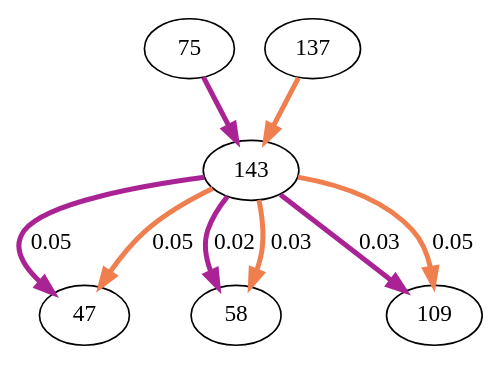
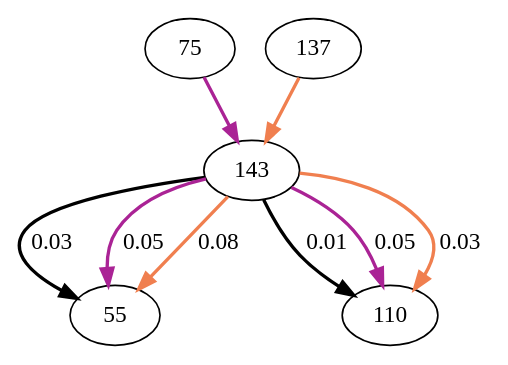
One commit to jonhyona/Potts_python_Ghislain changed the diagram in graph/my_graph143.dot. Above: the diagram before and after it, drawn with Graphviz. The commit also changed 54 other files, not shown here.

```diff
--- a/graph/my_graph143.dot
+++ b/graph/my_graph143.dot
@@ -1,16 +1,15 @@
 digraph  {
 75;
 143;
-47;
+55;
 137;
-58;
-109;
-75 -> 143  [color="#aa2395", key=0, penwidth=3];
-143 -> 47  [color="#aa2395", key=0, label="0.05", penwidth=3];
-143 -> 47  [color="#f07f4f", key=1, label="0.05", penwidth=3];
-143 -> 58  [color="#aa2395", key=0, label="0.02", penwidth=3];
-143 -> 58  [color="#f07f4f", key=1, label="0.03", penwidth=3];
-143 -> 109  [color="#aa2395", key=0, label="0.03", penwidth=3];
-143 -> 109  [color="#f07f4f", key=1, label="0.05", penwidth=3];
-137 -> 143  [color="#f07f4f", key=0, penwidth=3];
+110;
+75 -> 143  [color="#aa2395", key=0, penwidth=2];
+143 -> 55  [color=black, key=0, label="0.03", penwidth=2];
+143 -> 55  [color="#aa2395", key=1, label="0.05", penwidth=2];
+143 -> 55  [color="#f07f4f", key=2, label="0.08", penwidth=2];
+143 -> 110  [color=black, key=0, label="0.01", penwidth=2];
+143 -> 110  [color="#aa2395", key=1, label="0.05", penwidth=2];
+143 -> 110  [color="#f07f4f", key=2, label="0.03", penwidth=2];
+137 -> 143  [color="#f07f4f", key=0, penwidth=2];
 }
```
